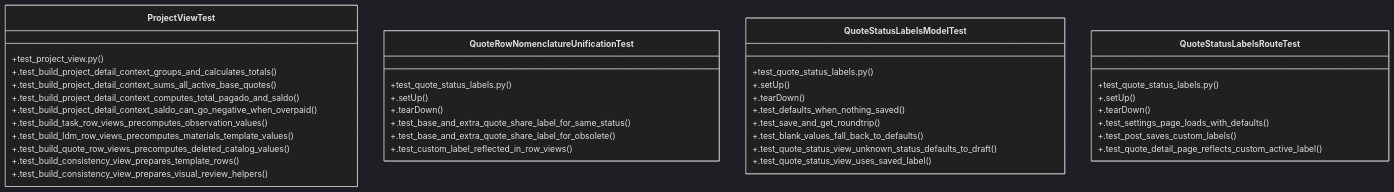
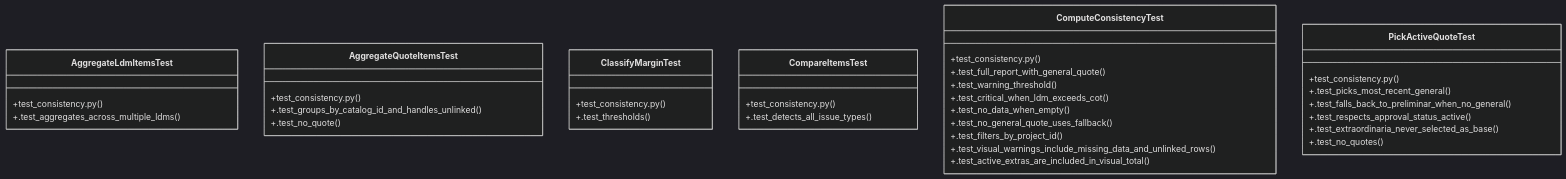
Before and after one commit to Daftrick/ProjectTracker: the diagram in graphify-out/wiki/Community_9.md, drawn with Mermaid (dark theme). The commit also changed other lines of this file and 544 other files, not shown here.

````diff
--- a/graphify-out/wiki/Community_9.md
+++ b/graphify-out/wiki/Community_9.md
@@ -36,41 +36,39 @@
 ```mermaid
 classDiagram
-    class ProjectViewTest {
-        +test_project_view.py()
-        +.test_build_project_detail_context_groups_and_calculates_totals()
-        +.test_build_project_detail_context_sums_all_active_base_quotes()
-        +.test_build_project_detail_context_computes_total_pagado_and_saldo()
-        +.test_build_project_detail_context_saldo_can_go_negative_when_overpaid()
-        +.test_build_task_row_views_precomputes_observation_values()
-        +.test_build_ldm_row_views_precomputes_materials_template_values()
-        +.test_build_quote_row_views_precomputes_deleted_catalog_values()
-        +.test_build_consistency_view_prepares_template_rows()
-        +.test_build_consistency_view_prepares_visual_review_helpers()
+    class AggregateLdmItemsTest {
+        +test_consistency.py()
+        +.test_aggregates_across_multiple_ldms()
     }
-    class QuoteRowNomenclatureUnificationTest {
-        +test_quote_status_labels.py()
-        +.setUp()
-        +.tearDown()
-        +.test_base_and_extra_quote_share_label_for_same_status()
-        +.test_base_and_extra_quote_share_label_for_obsolete()
-        +.test_custom_label_reflected_in_row_views()
+    class AggregateQuoteItemsTest {
+        +test_consistency.py()
+        +.test_groups_by_catalog_id_and_handles_unlinked()
+        +.test_no_quote()
     }
-    class QuoteStatusLabelsModelTest {
-        +test_quote_status_labels.py()
-        +.setUp()
-        +.tearDown()
-        +.test_defaults_when_nothing_saved()
-        +.test_save_and_get_roundtrip()
-        +.test_blank_values_fall_back_to_defaults()
-        +.test_quote_status_view_unknown_status_defaults_to_draft()
-        +.test_quote_status_view_uses_saved_label()
+    class ClassifyMarginTest {
+        +test_consistency.py()
+        +.test_thresholds()
     }
-    class QuoteStatusLabelsRouteTest {
-        +test_quote_status_labels.py()
-        +.setUp()
-        +.tearDown()
-        +.test_settings_page_loads_with_defaults()
-        +.test_post_saves_custom_labels()
-        +.test_quote_detail_page_reflects_custom_active_label()
+    class CompareItemsTest {
+        +test_consistency.py()
+        +.test_detects_all_issue_types()
+    }
+    class ComputeConsistencyTest {
+        +test_consistency.py()
+        +.test_full_report_with_general_quote()
+        +.test_warning_threshold()
+        +.test_critical_when_ldm_exceeds_cot()
+        +.test_no_data_when_empty()
+        +.test_no_general_quote_uses_fallback()
+        +.test_filters_by_project_id()
+        +.test_visual_warnings_include_missing_data_and_unlinked_rows()
+        +.test_active_extras_are_included_in_visual_total()
+    }
+    class PickActiveQuoteTest {
+        +test_consistency.py()
+        +.test_picks_most_recent_general()
+        +.test_falls_back_to_preliminar_when_no_general()
+        +.test_respects_approval_status_active()
+        +.test_extraordinaria_never_selected_as_base()
+        +.test_no_quotes()
     }
 ```
````
